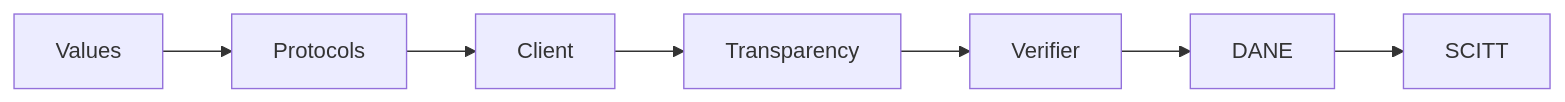
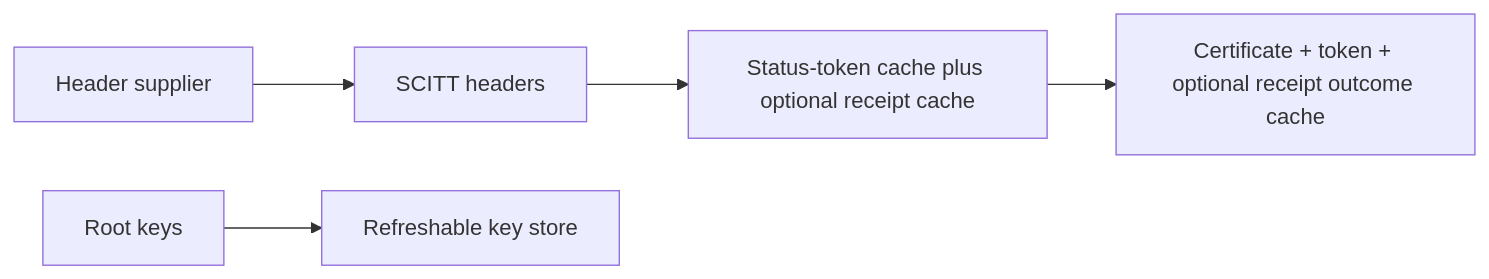
Before and after one commit to 1amageek/ans-sdk-swift: the fourth of 4 diagrams in SPEC.md, drawn with Mermaid. The commit also changed other lines of this file and 191 other files, not shown here.

````diff
--- a/SPEC.md
+++ b/SPEC.md
@@ -897,9 +222,7 @@
 ```mermaid
 flowchart LR
-  M1["Values"] --> M2["Protocols"]
-  M2 --> M3["Client"]
-  M3 --> M4["Transparency"]
-  M4 --> M5["Verifier"]
-  M5 --> M6["DANE"]
-  M6 --> M7["SCITT"]
+  Headers["SCITT headers"] --> Content["Status-token cache plus optional receipt cache"]
+  Content --> Outcome["Certificate + token + optional receipt outcome cache"]
+  Root["Root keys"] --> Refresh["Refreshable key store"]
+  Supplier["Header supplier"] --> Headers
 ```
````
